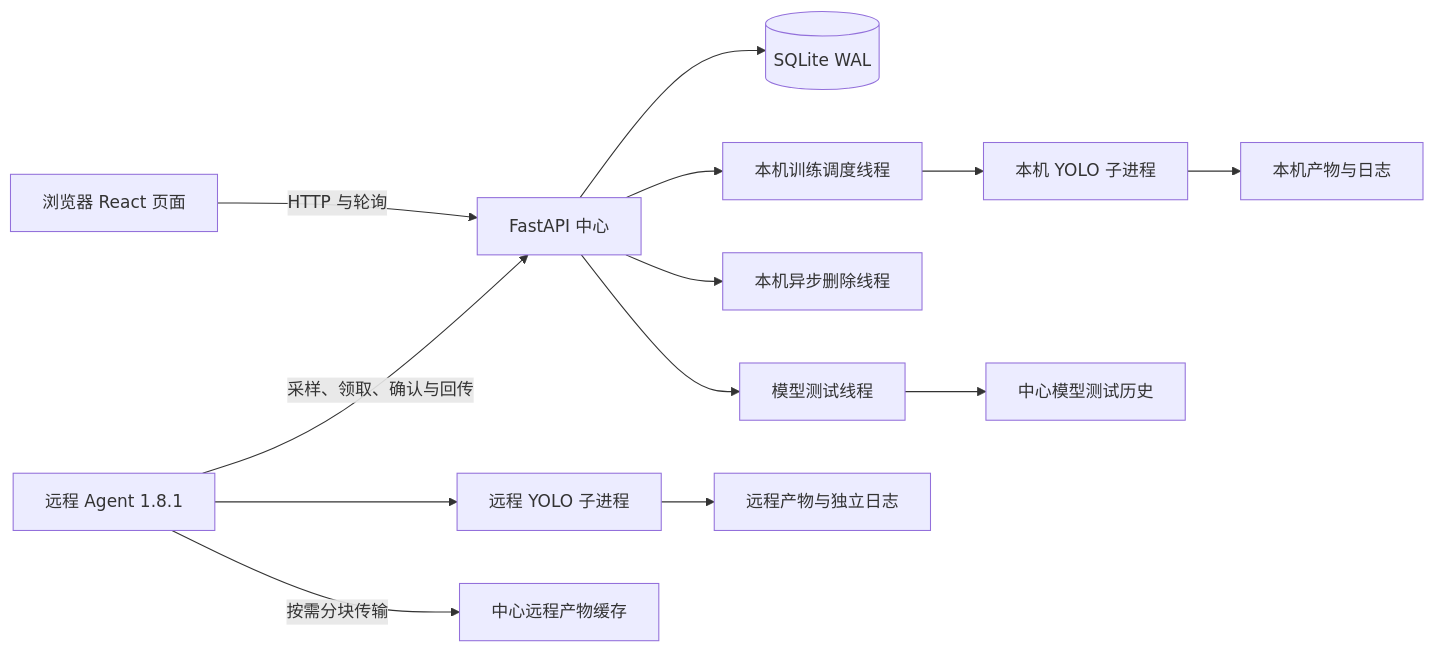
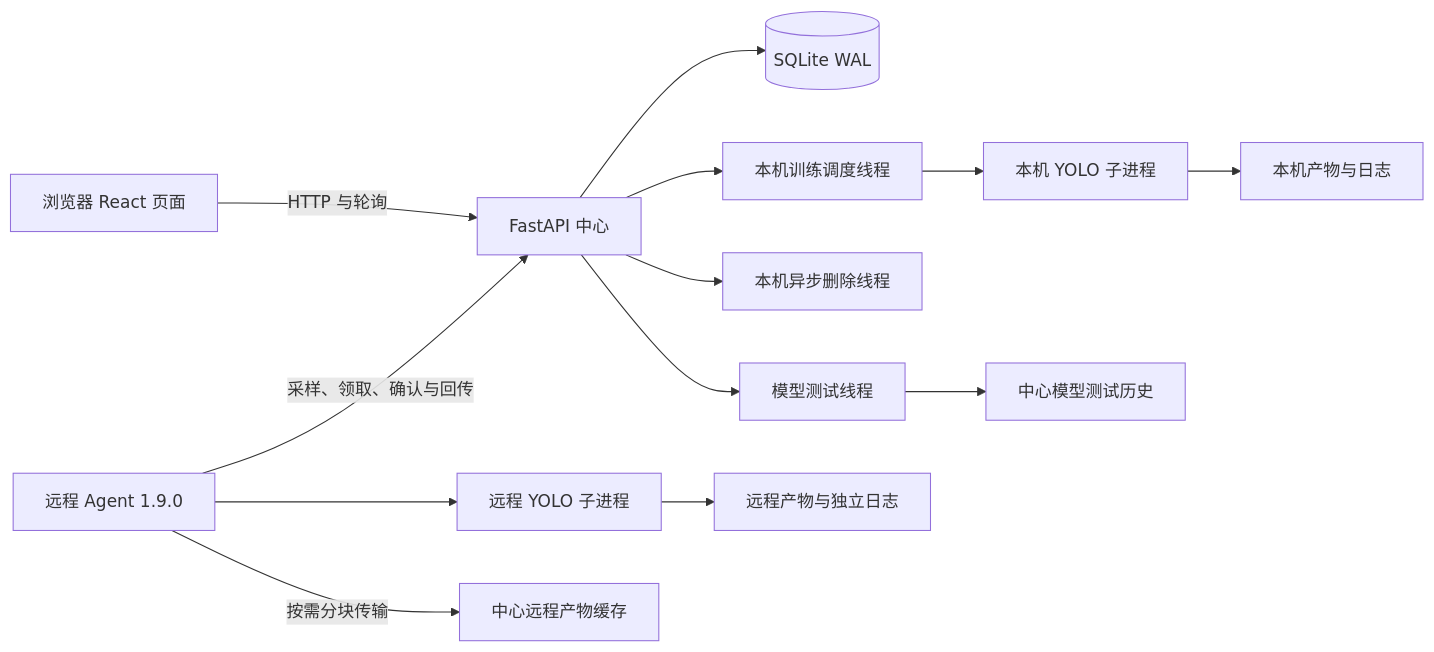
The diagram in docs/project-analysis.md (scsg666g/yolo-xlpt), drawn with Mermaid before and after one commit. The commit also changed other lines of this file and 16 other files, not shown here.

````diff
--- a/docs/project-analysis.md
+++ b/docs/project-analysis.md
@@ -24,15 +24,15 @@
 ```mermaid
 flowchart LR
     UI[浏览器 React 页面] -->|HTTP 与轮询| API[FastAPI 中心]
     API --> DB[(SQLite WAL)]
     API --> S[本机训练调度线程]
     S --> CLI[本机 YOLO 子进程]
     CLI --> FS[本机产物与日志]
     API --> D[本机异步删除线程]
     API --> I[模型测试线程]
     I --> MH[中心模型测试历史]
-    AG[远程 Agent 1.8.1] -->|采样、领取、确认与回传| API
+    AG[远程 Agent 1.9.0] -->|采样、领取、确认与回传| API
     AG --> RC[远程 YOLO 子进程]
     RC --> RF[远程产物与独立日志]
     AG -->|按需分块传输| CACHE[中心远程产物缓存]
 ```
````
